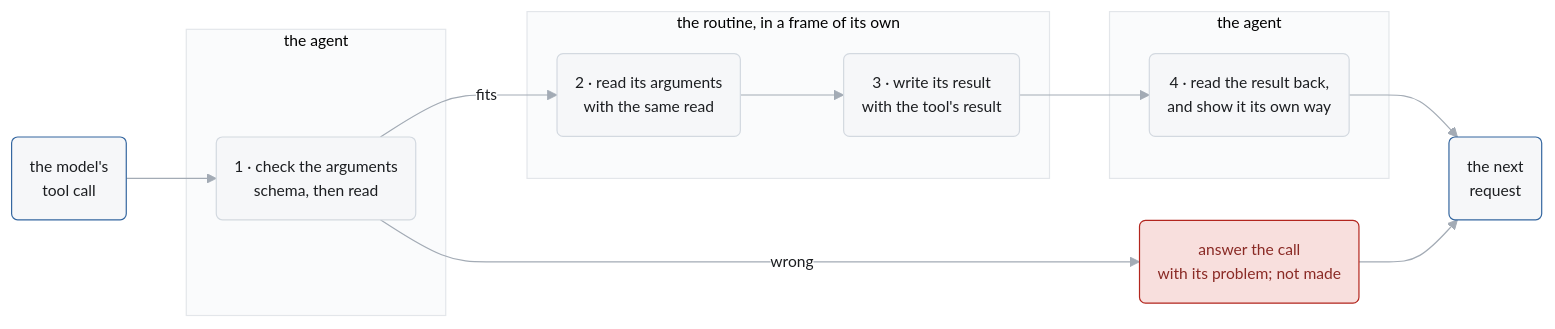
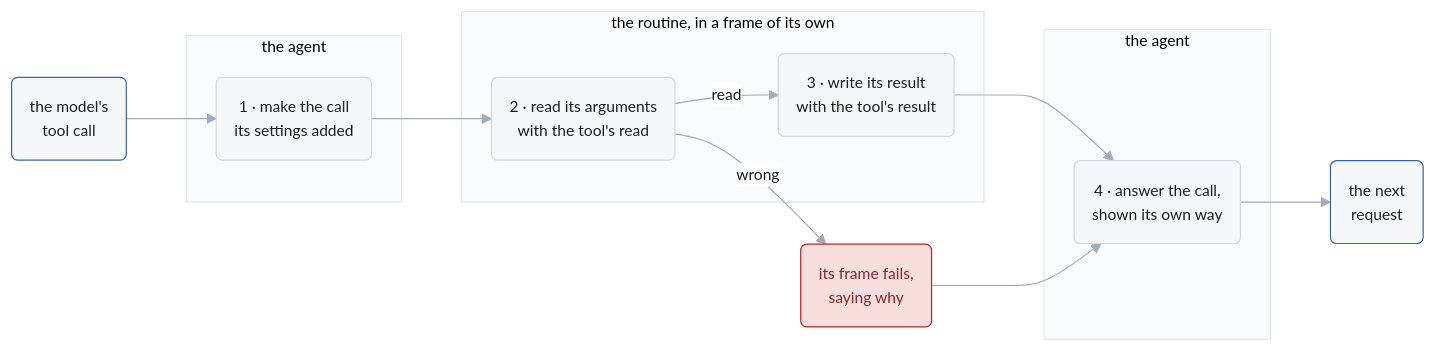
One commit to pku-xht/alaya changed the first of 4 diagrams in docs/agents.md. Above: the diagram before and after it, drawn with Mermaid. The commit also changed other lines of this file and 8 other files, not shown here.

First line of the commit message:
Let only the routine check a call's arguments

````diff
--- a/docs/agents.md
+++ b/docs/agents.md
@@ -47,30 +50,30 @@
 ```mermaid
 %%{init: {"theme": "base", "themeVariables": {"fontFamily": "BlinkMacSystemFont, Segoe UI, Helvetica, Arial", "fontSize": "13px", "primaryColor": "#f6f7f9", "primaryTextColor": "#1c1e21", "primaryBorderColor": "#d3d9e0", "lineColor": "#a3abb5", "textColor": "#6f7985", "edgeLabelBackground": "#ffffff", "clusterBkg": "#fafbfc", "clusterBorder": "#e3e6ea"}}}%%
 flowchart LR
   classDef sample stroke:#3567a0
   classDef exec stroke:#2b6f6f
   classDef bad fill:#f8dfdd,stroke:#b3261e,color:#8a2a25
 
   asks("the model's<br/>tool call"):::sample
   subgraph agentIn["the agent"]
-    check("1 · check the arguments<br/>schema, then read")
+    make("1 · make the call<br/>its settings added")
   end
   subgraph routine["the routine, in a frame of its own"]
-    reads("2 · read its arguments<br/>with the same read")
+    reads("2 · read its arguments<br/>with the tool's read")
     writes("3 · write its result<br/>with the tool's result")
   end
+  failed("its frame fails,<br/>saying why"):::bad
   subgraph agentOut["the agent"]
-    show("4 · read the result back,<br/>and show it its own way")
+    show("4 · answer the call,<br/>shown its own way")
   end
-  problem("answer the call<br/>with its problem; not made"):::bad
   sees("the next<br/>request"):::sample
 
-  asks --> check
-  check -- "fits" --> reads
-  reads --> writes
+  asks --> make
+  make --> reads
+  reads -- "read" --> writes
+  reads -- "wrong" --> failed
   writes --> show
+  failed --> show
   show --> sees
-  check -- "wrong" --> problem
-  problem --> sees
   linkStyle default stroke-width:1px
 ```
````
